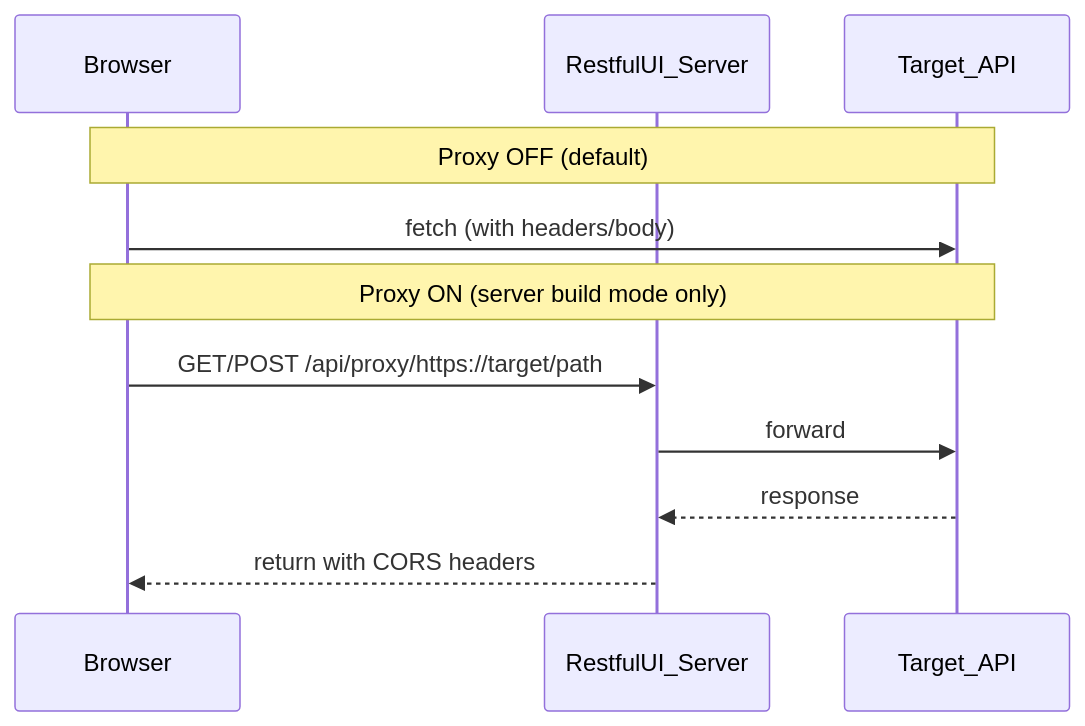
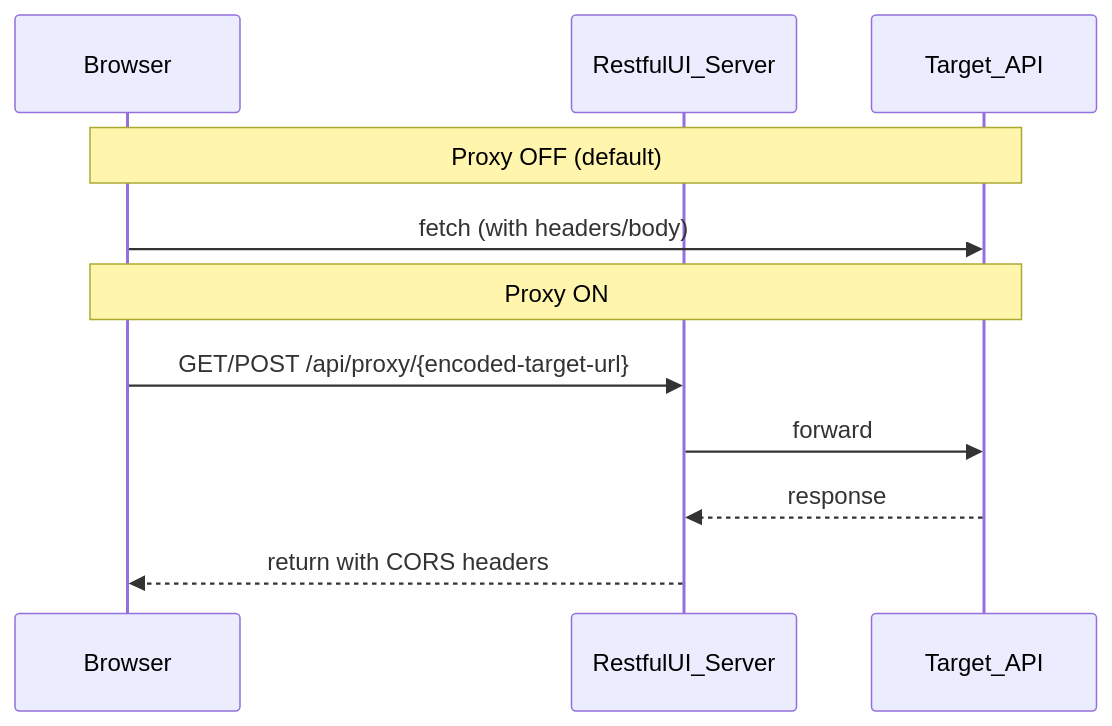
Before and after one commit to funkjk/restful-ui: the diagram in docs/network-and-security.md, drawn with Mermaid. The commit also changed other lines of this file and 5 other files, not shown here.

````diff
--- a/docs/network-and-security.md
+++ b/docs/network-and-security.md
@@ -58,15 +72,15 @@
 ```mermaid
 sequenceDiagram
   participant Browser
   participant RestfulUI as RestfulUI_Server
   participant TargetAPI as Target_API
 
   Note over Browser,TargetAPI: Proxy OFF (default)
   Browser->>TargetAPI: fetch (with headers/body)
 
-  Note over Browser,TargetAPI: Proxy ON (server build mode only)
-  Browser->>RestfulUI: GET/POST /api/proxy/https://target/path
+  Note over Browser,TargetAPI: Proxy ON
+  Browser->>RestfulUI: GET/POST /api/proxy/{encoded-target-url}
   RestfulUI->>TargetAPI: forward
   TargetAPI-->>RestfulUI: response
   RestfulUI-->>Browser: return with CORS headers
 ```
````
